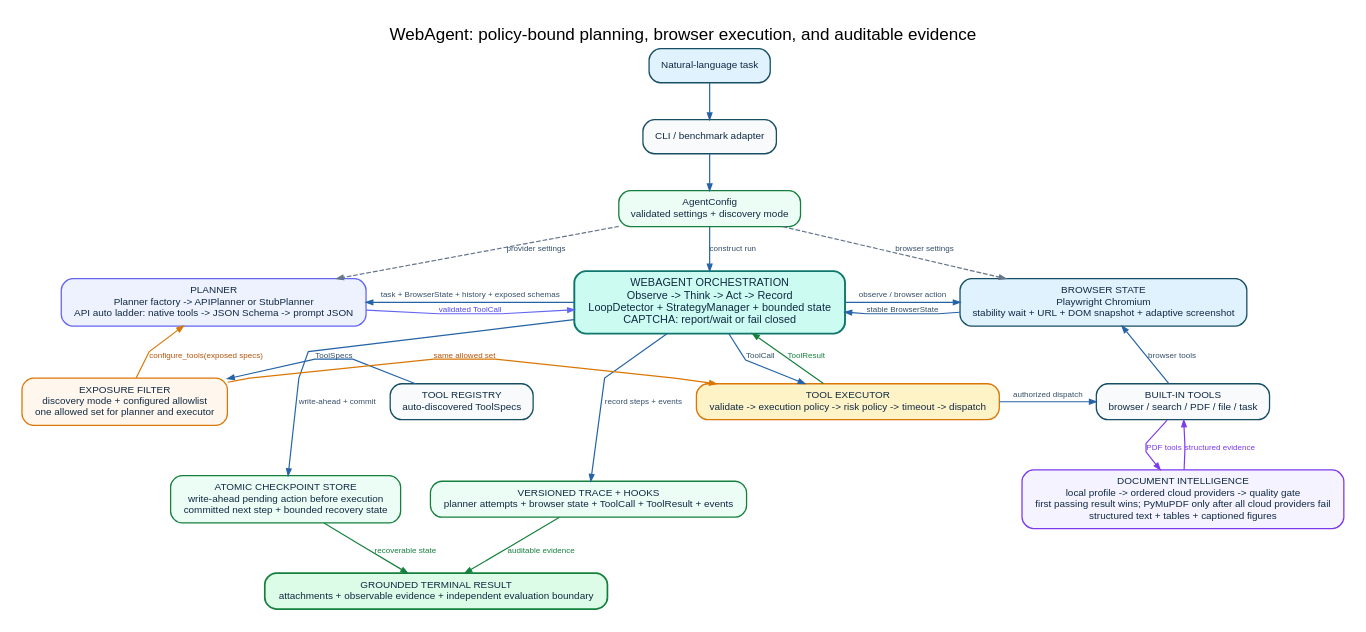
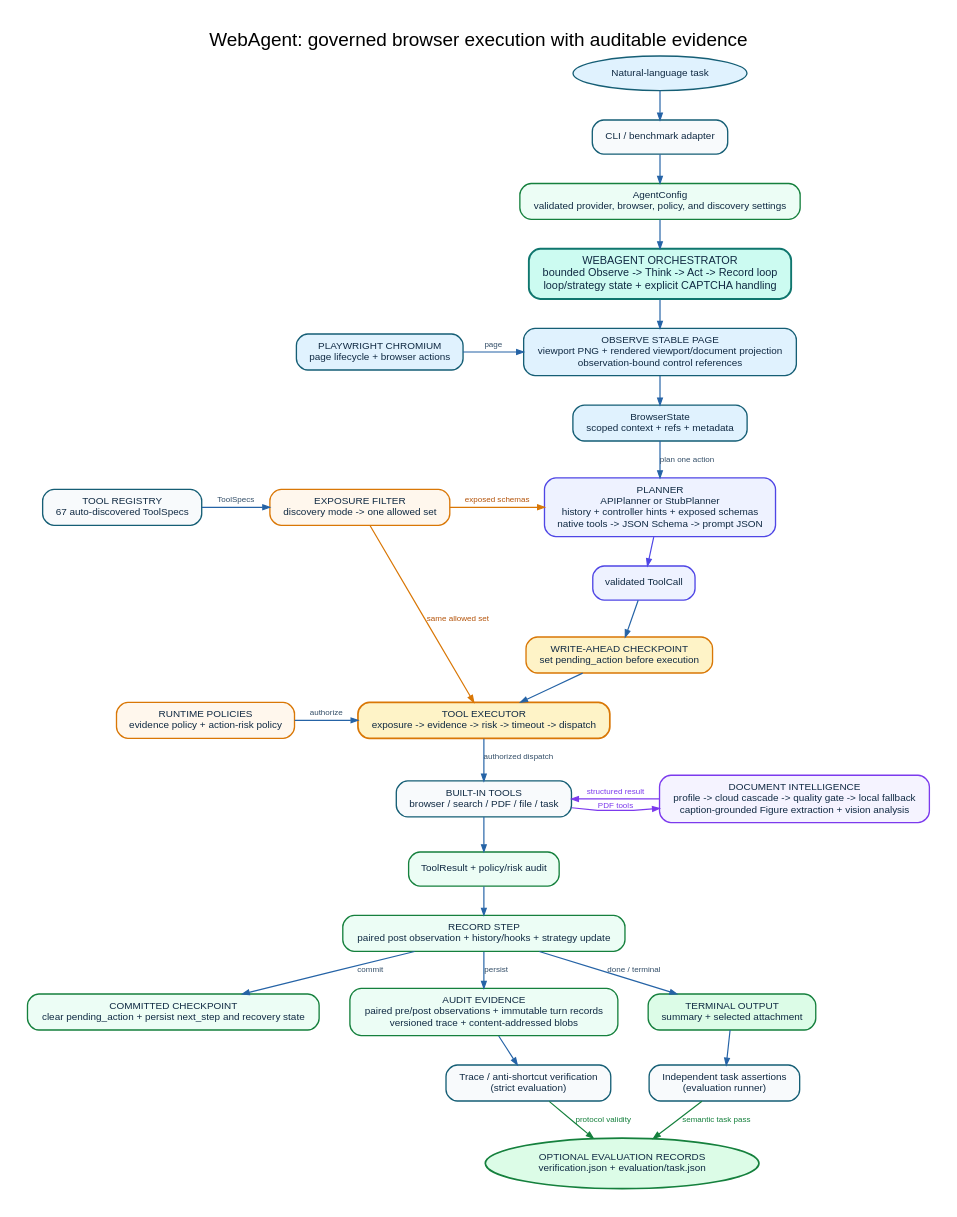
Before and after one commit to lixiuyin/web-agent: the diagram in docs/diagrams/architecture-overview.dot, drawn with Graphviz. The commit also changed 2535 other files, not shown here.

Commit message:
refactor agent and publish reviewed evaluation evidence

```diff
--- a/docs/diagrams/architecture-overview.dot
+++ b/docs/diagrams/architecture-overview.dot
@@ -1,118 +1,156 @@
 digraph WebAgentArchitecture {
   graph [
     bgcolor="white",
     rankdir=TB,
     splines=polyline,
-    pad=0.22,
-    nodesep=0.42,
-    ranksep=0.52,
+    pad=0.30,
+    nodesep=0.44,
+    ranksep=0.42,
     fontname="Arial",
-    fontsize=18,
+    fontsize=20,
     labelloc="t",
-    label="WebAgent: policy-bound planning, browser execution, and auditable evidence"
+    label="WebAgent: governed browser execution with auditable evidence"
   ];
   node [
     shape=box,
     style="rounded,filled",
     fillcolor="#F8FAFC",
-    color="#164E63",
+    color="#155E75",
     fontcolor="#102A43",
     fontname="Arial",
     fontsize=10.5,
-    penwidth=1.35,
-    margin="0.15,0.10"
+    penwidth=1.4,
+    margin="0.17,0.10"
   ];
   edge [
     color="#2563A6",
     fontcolor="#334E68",
     fontname="Arial",
     fontsize=8.5,
     penwidth=1.25,
-    arrowsize=0.7
+    arrowsize=0.72
   ];
 
-  task [label="Natural-language task", fillcolor="#E0F2FE"];
-  cli [label="CLI / benchmark adapter"];
-  config [label="AgentConfig\nvalidated settings + discovery mode", fillcolor="#ECFDF5", color="#15803D"];
-  task -> cli -> config;
-
-  planner [
-    label="PLANNER\nPlanner factory -> APIPlanner or StubPlanner\nAPI auto ladder: native tools -> JSON Schema -> prompt JSON",
-    fillcolor="#EEF2FF",
-    color="#6366F1"
+  task [label="Natural-language task", shape=oval, fillcolor="#E0F2FE"];
+  entry [label="CLI / benchmark adapter"];
+  config [
+    label="AgentConfig\nvalidated provider, browser, policy, and discovery settings",
+    fillcolor="#ECFDF5",
+    color="#15803D"
   ];
   agent [
-    label="WEBAGENT ORCHESTRATION\nObserve -> Think -> Act -> Record\nLoopDetector + StrategyManager + bounded state\nCAPTCHA: report/wait or fail closed",
+    label="WEBAGENT ORCHESTRATOR\nbounded Observe -> Think -> Act -> Record loop\nloop/strategy state + explicit CAPTCHA handling",
     fillcolor="#CCFBF1",
     color="#0F766E",
     penwidth=2.0,
     fontsize=11.5
   ];
+  task -> entry -> config -> agent;
+
   browser [
-    label="BROWSER STATE\nPlaywright Chromium\nstability wait + URL + DOM snapshot + adaptive screenshot",
+    label="PLAYWRIGHT CHROMIUM\npage lifecycle + browser actions",
     fillcolor="#E0F2FE"
   ];
+  observe [
+    label="OBSERVE STABLE PAGE\nviewport PNG + rendered viewport/document projection\nobservation-bound control references",
+    fillcolor="#E0F2FE"
+  ];
+  state [label="BrowserState\nscoped context + refs + metadata", fillcolor="#E0F2FE"];
+  {rank=same; browser; observe;}
+  browser -> observe [label="page"];
+  agent -> observe;
+  observe -> state;
 
-  registry [label="TOOL REGISTRY\nauto-discovered ToolSpecs"];
+  registry [label="TOOL REGISTRY\n67 auto-discovered ToolSpecs"];
   exposure [
-    label="EXPOSURE FILTER\ndiscovery mode + configured allowlist\none allowed set for planner and executor",
+    label="EXPOSURE FILTER\ndiscovery mode -> one allowed set",
+    fillcolor="#FFF7ED",
+    color="#D97706"
+  ];
+  planner [
+    label="PLANNER\nAPIPlanner or StubPlanner\nhistory + controller hints + exposed schemas\nnative tools -> JSON Schema -> prompt JSON",
+    fillcolor="#EEF2FF",
+    color="#4F46E5"
+  ];
+  call [label="validated ToolCall", fillcolor="#EEF2FF", color="#4F46E5"];
+  {rank=same; registry; exposure; planner;}
+  registry -> exposure [label="ToolSpecs"];
+  state -> planner [label="plan one action"];
+  exposure -> planner [label="exposed schemas", color="#D97706", fontcolor="#B45309"];
+  planner -> call [color="#4F46E5"];
+
+  policies [
+    label="RUNTIME POLICIES\nevidence policy + action-risk policy",
     fillcolor="#FFF7ED",
     color="#D97706"
   ];
   executor [
-    label="TOOL EXECUTOR\nvalidate -> execution policy -> risk policy -> timeout -> dispatch",
+    label="TOOL EXECUTOR\nexposure -> evidence -> risk -> timeout -> dispatch",
+    fillcolor="#FEF3C7",
+    color="#D97706",
+    penwidth=1.8
+  ];
+  pending [
+    label="WRITE-AHEAD CHECKPOINT\nset pending_action before execution",
     fillcolor="#FEF3C7",
     color="#D97706"
   ];
+  {rank=same; policies; executor;}
+  call -> pending -> executor;
+  exposure -> executor [label="same allowed set", color="#D97706", fontcolor="#B45309"];
+  policies -> executor [label="authorize"];
+
   tools [label="BUILT-IN TOOLS\nbrowser / search / PDF / file / task"];
-
   documents [
-    label="DOCUMENT INTELLIGENCE\nlocal profile -> ordered cloud providers -> quality gate\nfirst passing result wins; PyMuPDF only after all cloud providers fail\nstructured text + tables + captioned figures",
+    label="DOCUMENT INTELLIGENCE\nprofile -> cloud cascade -> quality gate -> local fallback\ncaption-grounded Figure extraction + vision analysis",
     fillcolor="#F5F3FF",
     color="#7C3AED"
   ];
-  checkpoint [
-    label="ATOMIC CHECKPOINT STORE\nwrite-ahead pending action before execution\ncommitted next step + bounded recovery state",
+  {rank=same; tools; documents;}
+  executor -> tools [label="authorized dispatch"];
+  tools -> documents [label="PDF tools", color="#7C3AED", fontcolor="#7C3AED"];
+  documents -> tools [label="structured result", color="#7C3AED", fontcolor="#7C3AED"];
+
+  tool_result [label="ToolResult + policy/risk audit", fillcolor="#ECFDF5", color="#15803D"];
+  record [
+    label="RECORD STEP\npaired post observation + history/hooks + strategy update",
     fillcolor="#ECFDF5",
     color="#15803D"
   ];
-  trace [
-    label="VERSIONED TRACE + HOOKS\nplanner attempts + browser state + ToolCall + ToolResult + events",
+  tools -> tool_result -> record;
+
+  checkpoint [
+    label="COMMITTED CHECKPOINT\nclear pending_action + persist next_step and recovery state",
+    fillcolor="#ECFDF5",
+    color="#15803D"
+  ];
+  evidence [
+    label="AUDIT EVIDENCE\npaired pre/post observations + immutable turn records\nversioned trace + content-addressed blobs",
     fillcolor="#ECFDF5",
     color="#15803D"
   ];
   result [
-    label="GROUNDED TERMINAL RESULT\nattachments + observable evidence + independent evaluation boundary",
+    label="TERMINAL OUTPUT\nsummary + selected attachment",
+    fillcolor="#DCFCE7",
+    color="#15803D"
+  ];
+  {rank=same; checkpoint; evidence; result;}
+  record -> checkpoint [label="commit"];
+  record -> evidence [label="persist"];
+  record -> result [label="done / terminal"];
+
+  verifier [label="Trace / anti-shortcut verification\n(strict evaluation)"];
+  evaluator [label="Independent task assertions\n(evaluation runner)"];
+  verdict [
+    label="OPTIONAL EVALUATION RECORDS\nverification.json + evaluation/task.json",
+    shape=oval,
     fillcolor="#DCFCE7",
     color="#15803D",
     penwidth=1.8
   ];
-
-  {rank=same; planner; agent; browser;}
-  {rank=same; registry; exposure; executor; tools;}
-  {rank=same; documents; checkpoint; trace;}
-
-  config -> agent [label="construct run"];
-  config -> planner [style=dashed, color="#64748B", label="provider settings"];
-  config -> browser [style=dashed, color="#64748B", label="browser settings"];
-
-  agent -> planner [label="task + BrowserState + history + exposed schemas"];
-  planner -> agent [label="validated ToolCall", color="#6366F1", fontcolor="#4F46E5"];
-  browser -> agent [label="stable BrowserState"];
-  agent -> browser [label="observe / browser action"];
-
-  registry -> exposure [label="ToolSpecs"];
-  exposure -> planner [label="configure_tools(exposed specs)", color="#D97706", fontcolor="#B45309"];
-  exposure -> executor [label="same allowed set", color="#D97706", fontcolor="#B45309"];
-  agent -> executor [label="ToolCall"];
-  executor -> agent [label="ToolResult", color="#15803D", fontcolor="#15803D"];
-  executor -> tools [label="authorized dispatch"];
-  tools -> browser [label="browser tools"];
-  tools -> documents [label="PDF tools", color="#7C3AED", fontcolor="#7C3AED"];
-  documents -> tools [label="structured evidence", color="#7C3AED", fontcolor="#7C3AED"];
-
-  agent -> checkpoint [label="write-ahead + commit"];
-  agent -> trace [label="record steps + events"];
-  checkpoint -> result [label="recoverable state", color="#15803D", fontcolor="#15803D"];
-  trace -> result [label="auditable evidence", color="#15803D", fontcolor="#15803D"];
+  {rank=same; verifier; evaluator;}
+  evidence -> verifier;
+  result -> evaluator;
+  verifier -> verdict [label="protocol validity", color="#15803D", fontcolor="#15803D"];
+  evaluator -> verdict [label="semantic task pass", color="#15803D", fontcolor="#15803D"];
 }
```
